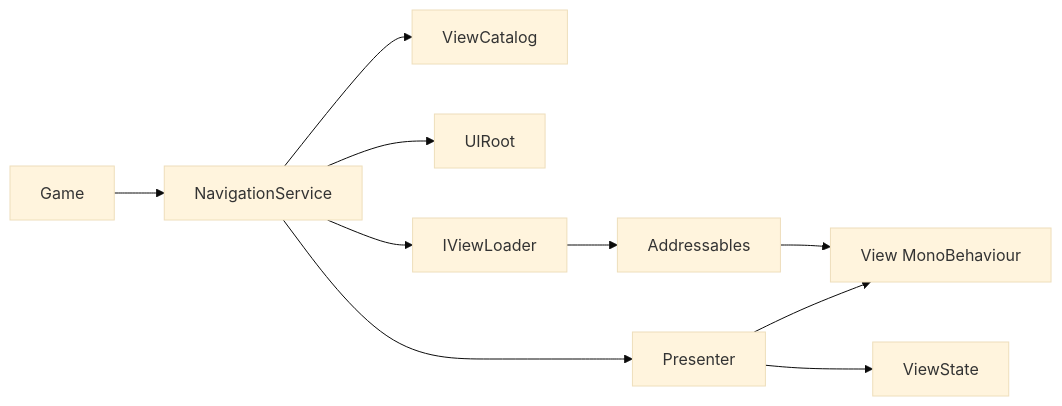
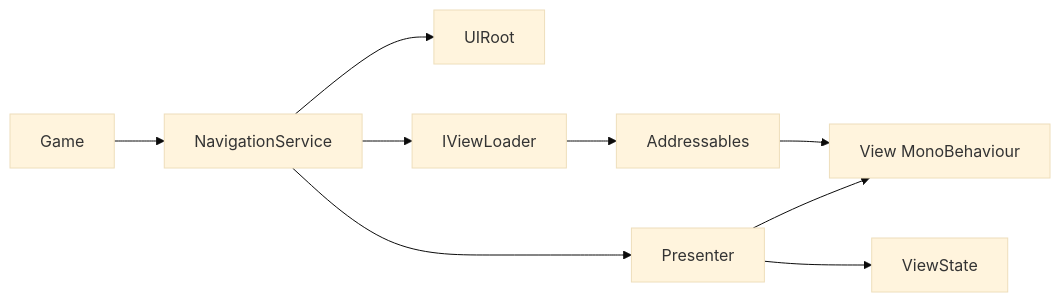
One commit to Manhddm/MXEngine changed the diagram in README.MD. Above: the diagram before and after it, drawn with Mermaid (base theme). The commit also changed other lines of this file and 20 other files, not shown here.

First line of the commit message:
refactor: replace catalog-based view registration with key-based system

````diff
--- a/README.MD
+++ b/README.MD
@@ -17,12 +17,11 @@
 ```mermaid
 flowchart LR
     Game[Game] --> Nav[NavigationService]
-    Nav --> Catalog[ViewCatalog]
     Nav --> Root[UIRoot]
     Nav --> Loader[IViewLoader]
     Loader --> Addressables[Addressables]
     Addressables --> View[View MonoBehaviour]
     Nav --> Presenter[Presenter]
     Presenter --> State[ViewState]
     Presenter --> View
 ```
````
